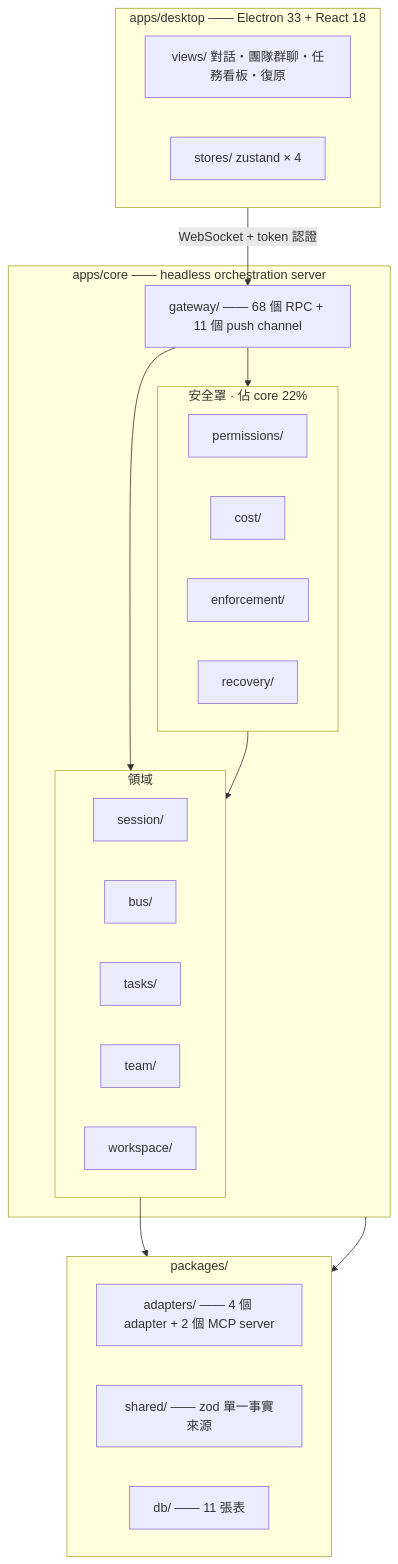
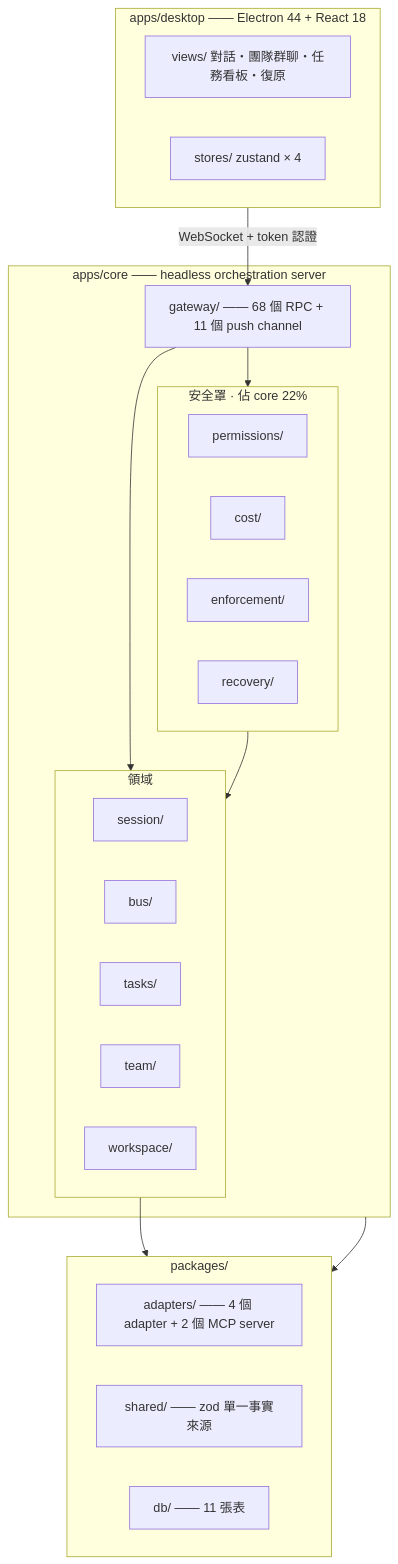
Before and after one commit to xing-101729/deskmony: the second of 3 diagrams in README.zh-Hant.md, drawn with Mermaid. The commit also changed other lines of this file and 9 other files, not shown here.

````diff
--- a/README.zh-Hant.md
+++ b/README.zh-Hant.md
@@ -108,41 +113,41 @@
 ```mermaid
 flowchart TB
-    subgraph SHELL["apps/desktop —— Electron 33 + React 18"]
+    subgraph SHELL["apps/desktop —— Electron 44 + React 18"]
         direction LR
         Views["views/ 對話・團隊群聊・任務看板・復原"]
         Stores["stores/ zustand × 4"]
     end
 
     subgraph CORE["apps/core —— headless orchestration server"]
         GW["gateway/ —— 68 個 RPC + 11 個 push channel"]
         subgraph DOMAIN["領域"]
             direction LR
             Sess["session/"]
             Bus["bus/"]
             Task["tasks/"]
             Team["team/"]
             Work["workspace/"]
         end
         subgraph SHIELD["安全罩 · 佔 core 22%"]
             direction LR
             Perm["permissions/"]
             Cost["cost/"]
             Enf["enforcement/"]
             Rec["recovery/"]
         end
     end
 
     subgraph PKG["packages/"]
         direction LR
         Adapters["adapters/ —— 4 個 adapter + 2 個 MCP server"]
         Shared["shared/ —— zod 單一事實來源"]
         Db["db/ —— 11 張表"]
     end
 
     SHELL -- "WebSocket + token 認證" --> GW
     GW --> DOMAIN
     GW --> SHIELD
     SHIELD --> DOMAIN
     DOMAIN --> Adapters
     CORE --> Db
 ```
````
